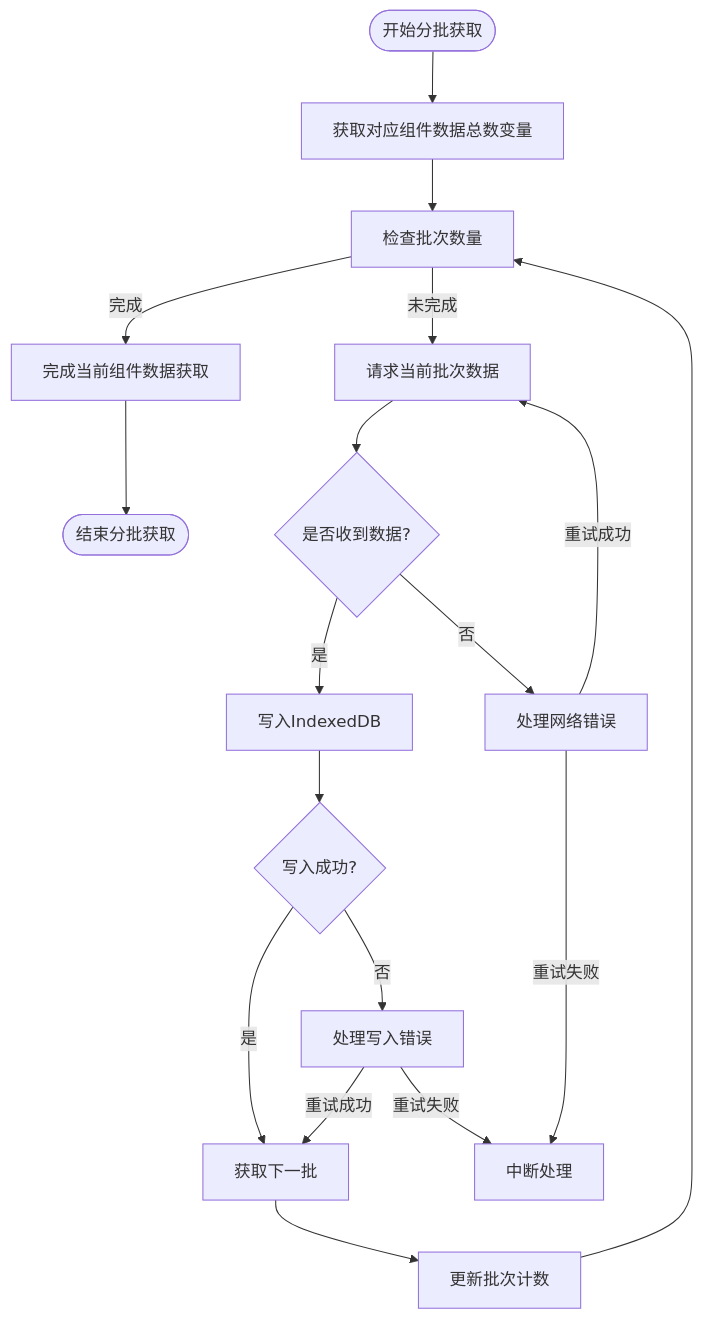
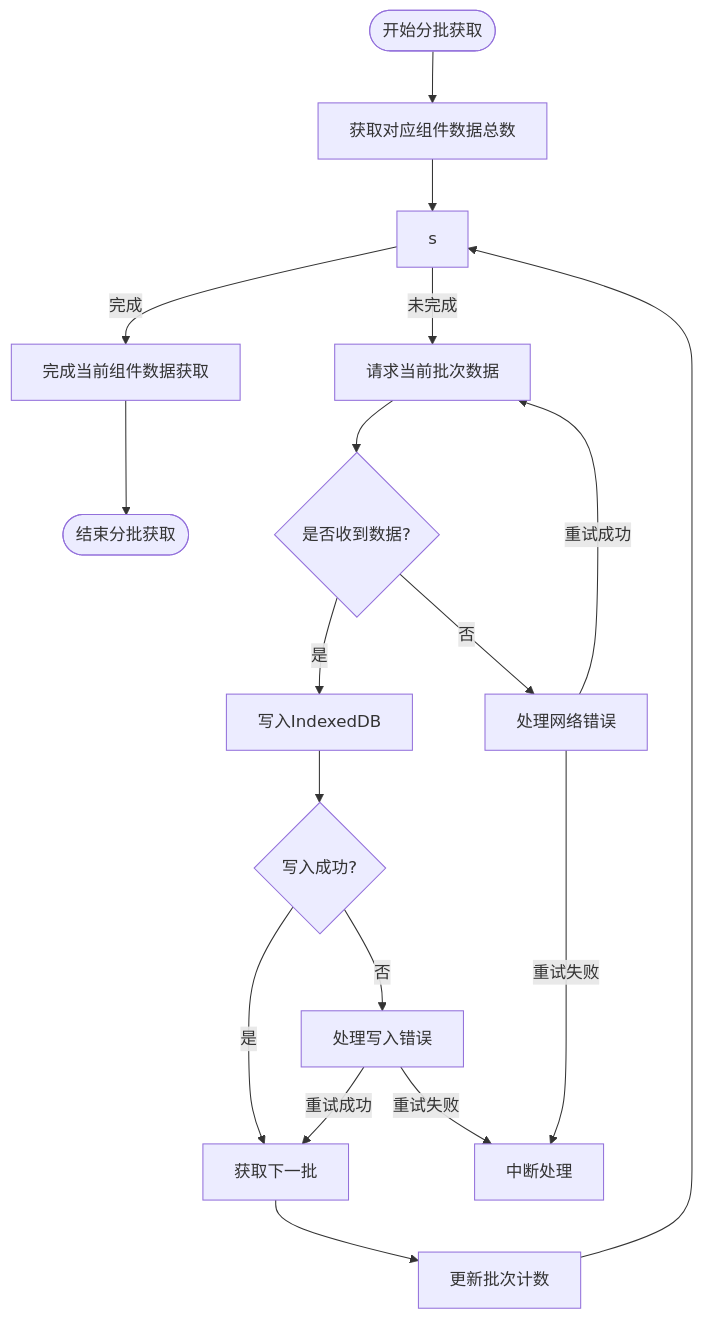
One commit to yingjianzh/iodraw-files changed the diagram in all/未命名-51.md. Above: the diagram before and after it, drawn with Mermaid.

Commit message:
2025-05-08 11:11:36 update

````diff
--- a/all/未命名-51.md
+++ b/all/未命名-51.md
@@ -1,27 +1,27 @@
 ```mermaid
 flowchart TD
-    StartBatch([开始分批获取]) --> InitializeBatch[获取对应组件数据总数变量]
-    InitializeBatch --> CheckBatchSize[检查批次数量]
+    StartBatch([开始分批获取]) --> InitializeBatch[获取对应组件数据总数]
+    InitializeBatch --> CheckBatchSize[s]
     
     CheckBatchSize -->|完成| BatchComplete[完成当前组件数据获取]
     
     CheckBatchSize -->|未完成| RequestBatch[请求当前批次数据]
     RequestBatch --> ReceiveBatch{是否收到数据?}
     
     ReceiveBatch -->|是| WriteToDB[写入IndexedDB]
     
     WriteToDB --> BatchSuccess{写入成功?}
     BatchSuccess -->|是| NextBatch[获取下一批]
     BatchSuccess -->|否| HandleError[处理写入错误]
     HandleError -->|重试成功| NextBatch
     HandleError -->|重试失败| AbortProcess[中断处理]
     
     ReceiveBatch -->|否| HandleNetworkError[处理网络错误]
     HandleNetworkError -->|重试成功| RequestBatch
     HandleNetworkError -->|重试失败| AbortProcess
     
     NextBatch --> IncrementBatch[更新批次计数]
     IncrementBatch --> CheckBatchSize
     
     BatchComplete --> EndBatch([结束分批获取])
 ```
````
